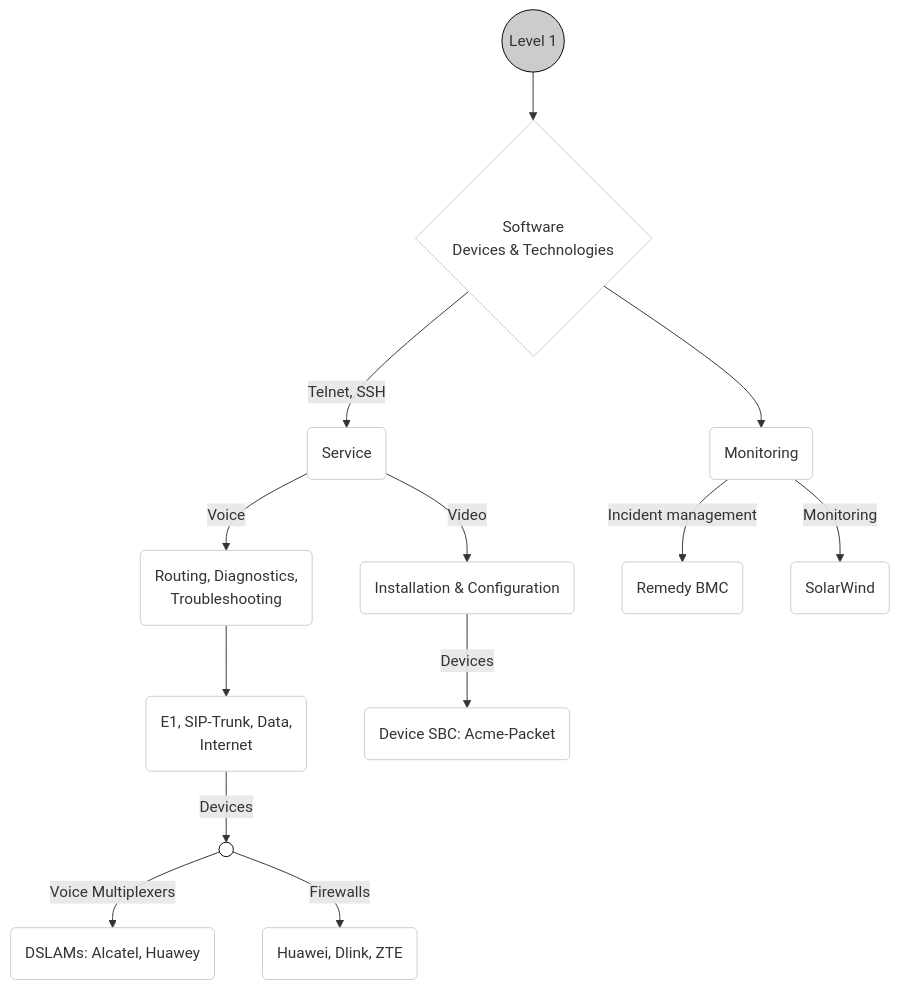
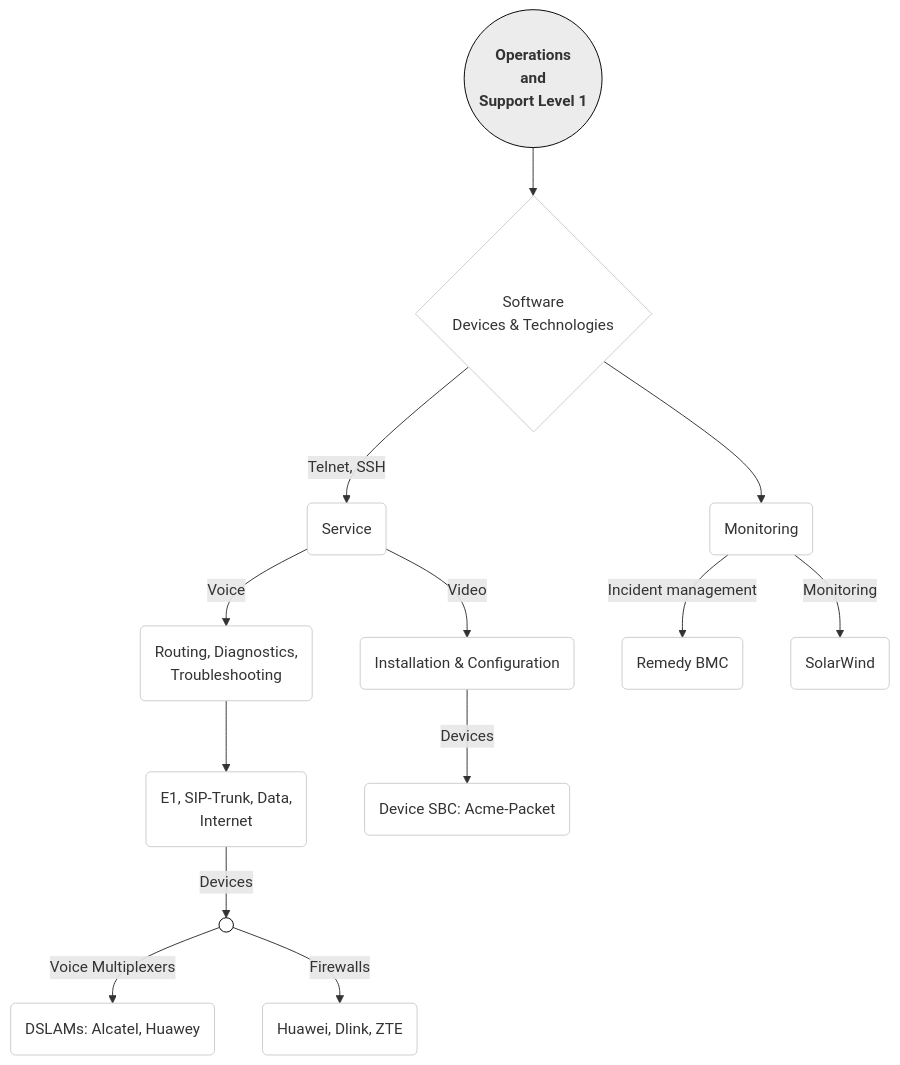
Before and after one commit to kjfigueroa/profile: the third of 7 diagrams in README.md, drawn with Mermaid. The commit also changed other lines of this file, not shown here.

````diff
--- a/README.md
+++ b/README.md
@@ -71,23 +85,23 @@
 ```mermaid
 flowchart TD
-L((Level 1));style L fill:#ccc,stroke:#000;
+L((<br><b>Operations</b><br><b>and</b><br>&nbsp;&nbsp;<b>Support</b>&nbsp;<b>Level 1</b>&nbsp;&nbsp;<br><br>));style L fill:#ececec,stroke:#000;
 SDT{Software<br>Devices & Technologies}; style SDT fill:#fff,stroke:#ccc;
 S(Service); style S fill:#fff,stroke:#ccc;
 Dv(( ));style Dv fill:#fff,stroke:#000;
 Dv1(DSLAMs: Alcatel, Huawey);style Dv1 fill:#fff,stroke:#ccc;
 Dv2(Huawei, Dlink, ZTE);style Dv2 fill:#fff,stroke:#ccc;
 A(Routing, Diagnostics,<br>Troubleshooting); style A fill:#fff,stroke:#ccc;
 A1(E1, SIP-Trunk, Data,<br>Internet); style A1 fill:#fff,stroke:#ccc;
 C(Installation & Configuration);style C fill:#fff,stroke:#ccc;
 C1(Device SBC: Acme-Packet);style C1 fill:#fff,stroke:#ccc;
 M(Monitoring);style M fill:#fff,stroke:#ccc;
 M1(Remedy BMC);style M1 fill:#fff,stroke:#ccc;
 M2(SolarWind);style M2 fill:#fff,stroke:#ccc;
 L --> SDT -->|Telnet, SSH| S
 S -->|Voice| A --> A1; A1 -->|Devices| Dv
 Dv -->|Voice Multiplexers| Dv1; Dv -->|Firewalls|Dv2 
 S -->|Video| C -->|Devices| C1;
 SDT --> M; 
 M -->|Incident management| M1
 M -->|Monitoring| M2
 ```
````
